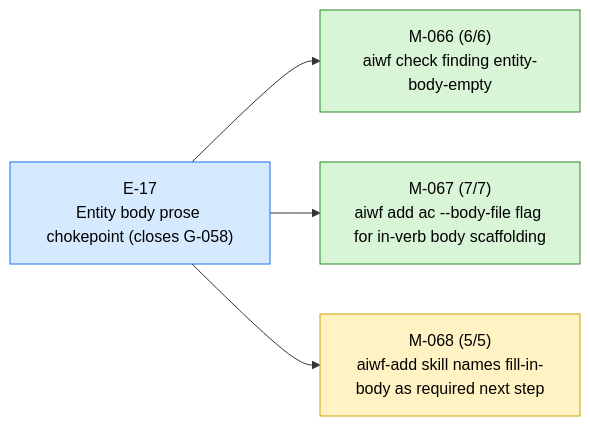
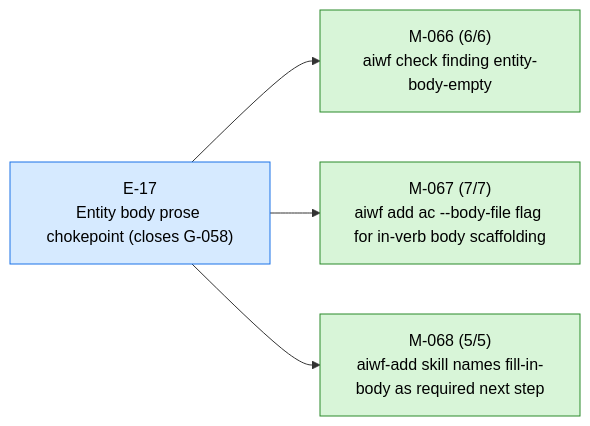
The first of 4 diagrams in STATUS.md (23min/aiwf), drawn with Mermaid before and after one commit. The commit also changed other lines of this file and 1 other file, not shown here.

First line of the commit message:
aiwf promote M-068 in_progress -> done

````diff
--- a/STATUS.md
+++ b/STATUS.md
@@ -13,16 +13,16 @@
 ```mermaid
 flowchart LR
   E_17["E-17<br/>Entity body prose chokepoint (closes G-058)"]:::epic_active
   M_066["M-066 (6/6)<br/>aiwf check finding entity-body-empty"]:::ms_done
   E_17 --> M_066
   M_067["M-067 (7/7)<br/>aiwf add ac --body-file flag for in-verb body scaffolding"]:::ms_done
   E_17 --> M_067
-  M_068["M-068 (5/5)<br/>aiwf-add skill names fill-in-body as required next step"]:::ms_in_progress
+  M_068["M-068 (5/5)<br/>aiwf-add skill names fill-in-body as required next step"]:::ms_done
   E_17 --> M_068
   classDef epic_active fill:#d6eaff,stroke:#1a73e8,color:#000
   classDef epic_proposed fill:#f4f4f4,stroke:#888,color:#000
   classDef ms_done fill:#d8f5d8,stroke:#2a8a2a,color:#000
   classDef ms_in_progress fill:#fff3c4,stroke:#caa400,color:#000
   classDef ms_draft fill:#f4f4f4,stroke:#888,color:#000
   classDef ms_cancelled fill:#fbeaea,stroke:#c33,color:#000
 ```
````
